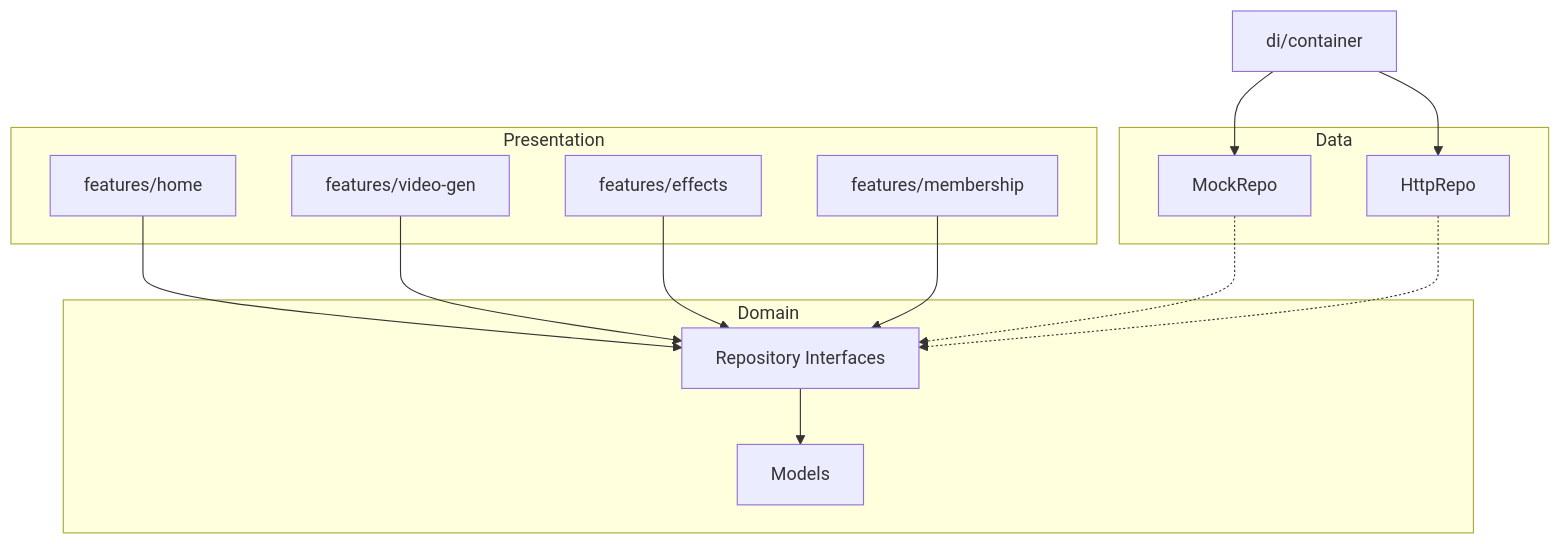
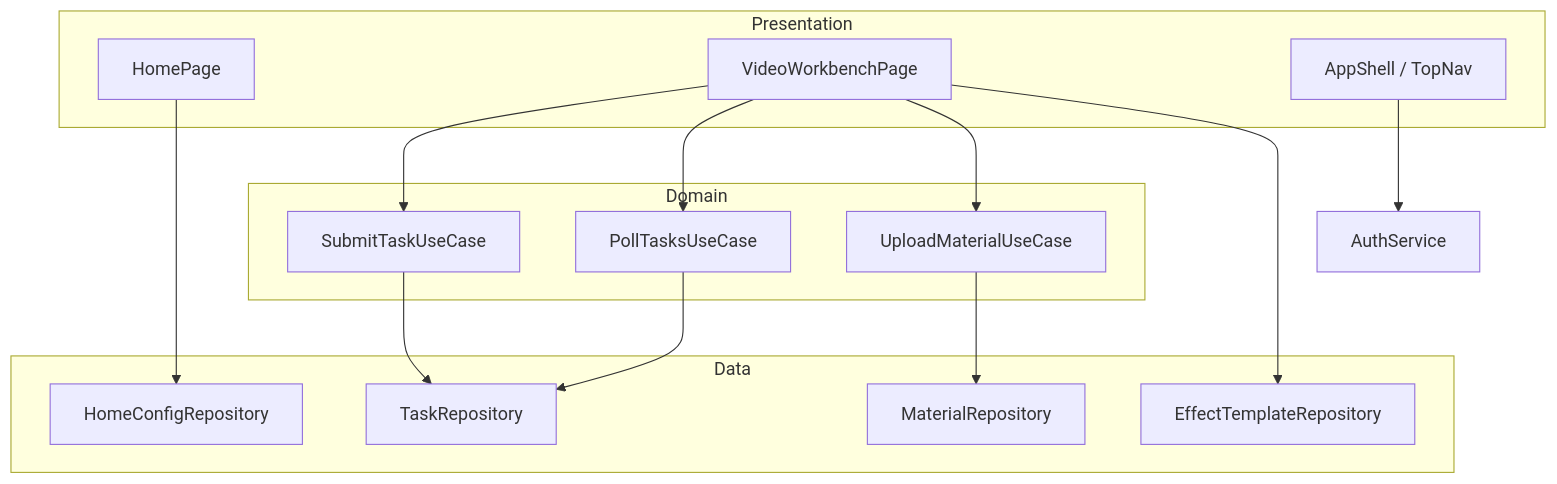
Before and after one commit to Wlx682/AI-Work-Kit: the first of 3 diagrams in Plans/客户端技术方案/2026-06-25-纳米P视频Web.md, drawn with Mermaid. The commit also changed other lines of this file and 24 other files, not shown here.

First line of the commit message:
Restructure 纳米P视频Web plans into subtasks; add architecture overview

````diff
--- a/Plans/客户端技术方案/2026-06-25-纳米P视频Web.md
+++ b/Plans/客户端技术方案/2026-06-25-纳米P视频Web.md
@@ -86,26 +102,25 @@
 ```mermaid
 flowchart TB
   subgraph Presentation
-    Home[features/home]
-    VG[features/video-gen]
-    FX[features/effects]
-    MB[features/membership]
+    HomePage[HomePage]
+    VideoPage[VideoWorkbenchPage]
+    AppShell[AppShell / TopNav]
   end
   subgraph Domain
-    Repo[Repository Interfaces]
-    Models[Models]
+    SubmitTask[SubmitTaskUseCase]
+    PollTasks[PollTasksUseCase]
+    UploadMat[UploadMaterialUseCase]
   end
   subgraph Data
-    Mock[MockRepo]
-    Http[HttpRepo]
+    TaskRepo[TaskRepository]
+    ConfigRepo[HomeConfigRepository]
+    EffectRepo[EffectTemplateRepository]
+    MaterialRepo[MaterialRepository]
   end
-  Home --> Repo
-  VG --> Repo
-  FX --> Repo
-  MB --> Repo
-  Repo --> Models
-  Mock -.-> Repo
-  Http -.-> Repo
-  DI[di/container] --> Mock
-  DI --> Http
+  HomePage --> ConfigRepo
+  VideoPage --> SubmitTask --> TaskRepo
+  VideoPage --> PollTasks --> TaskRepo
+  VideoPage --> UploadMat --> MaterialRepo
+  VideoPage --> EffectRepo
+  AppShell --> auth[AuthService]
 ```
````
